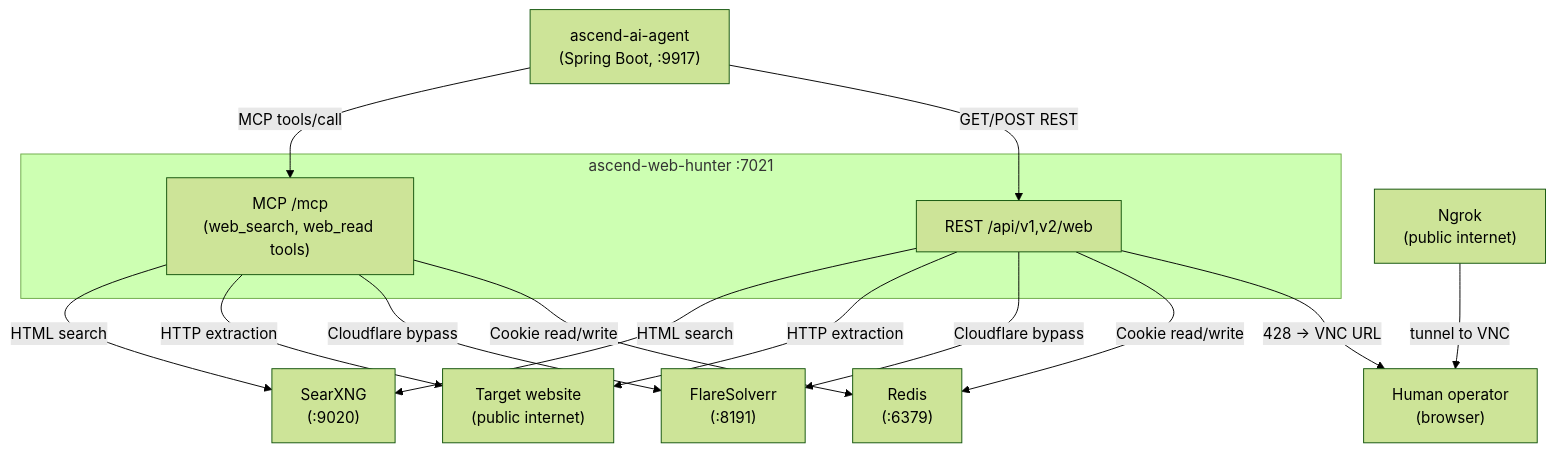
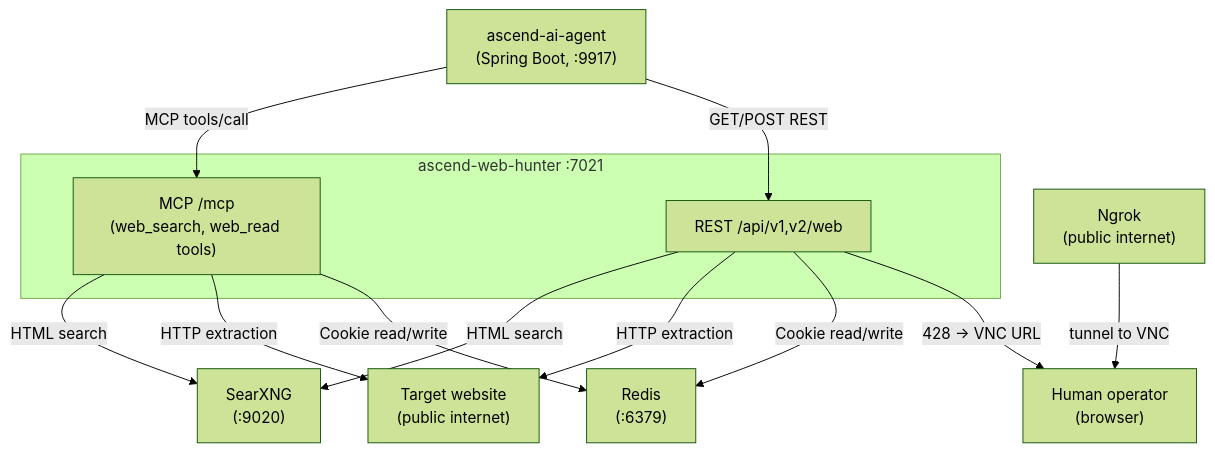
One commit to Lukk17/AscendAI changed the diagram in apps/ascend-web-hunter/docs/architecture/arc42/03-context-and-scope.md. Above: the diagram before and after it, drawn with Mermaid (forest theme). The commit also changed other lines of this file and 84 other files, not shown here.

Commit message:
feat(web-hunter): remove the FlareSolverr tier

````diff
--- a/apps/ascend-web-hunter/docs/architecture/arc42/03-context-and-scope.md
+++ b/apps/ascend-web-hunter/docs/architecture/arc42/03-context-and-scope.md
@@ -7,32 +7,29 @@
 ```mermaid
 graph TB
     accTitle: ascend-web-hunter system context
     accDescr: Shows ascend-web-hunter's callers and its downstream service dependencies.
 
     Agent["ascend-ai-agent<br/>(Spring Boot, :9917)"]
     Human["Human operator<br/>(browser)"]
 
     subgraph "ascend-web-hunter :7021"
         REST["REST /api/v1,v2/web"]
         MCP["MCP /mcp<br/>(web_search, web_read tools)"]
     end
 
     SearXNG["SearXNG<br/>(:9020)"]
-    FlareSolverr["FlareSolverr<br/>(:8191)"]
     Redis["Redis<br/>(:6379)"]
     Ngrok["Ngrok<br/>(public internet)"]
     TargetSite["Target website<br/>(public internet)"]
 
     Agent -->|"MCP tools/call"| MCP
     Agent -->|"GET/POST REST"| REST
     REST -->|"HTML search"| SearXNG
     MCP -->|"HTML search"| SearXNG
     REST -->|"HTTP extraction"| TargetSite
     MCP -->|"HTTP extraction"| TargetSite
-    REST -->|"Cloudflare bypass"| FlareSolverr
-    MCP -->|"Cloudflare bypass"| FlareSolverr
     REST -->|"Cookie read/write"| Redis
     MCP -->|"Cookie read/write"| Redis
     REST -->|"428 → VNC URL"| Human
     Ngrok -->|"tunnel to VNC"| Human
 ```
````
